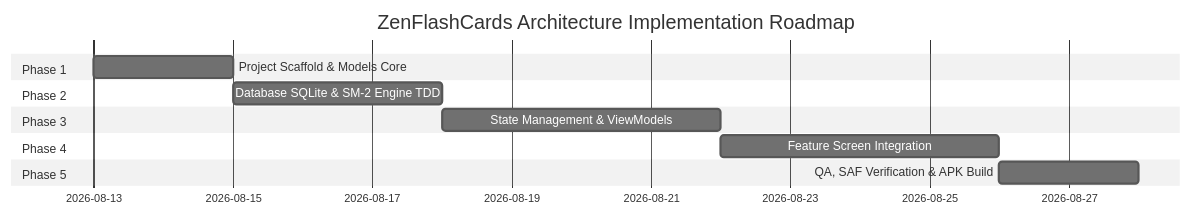
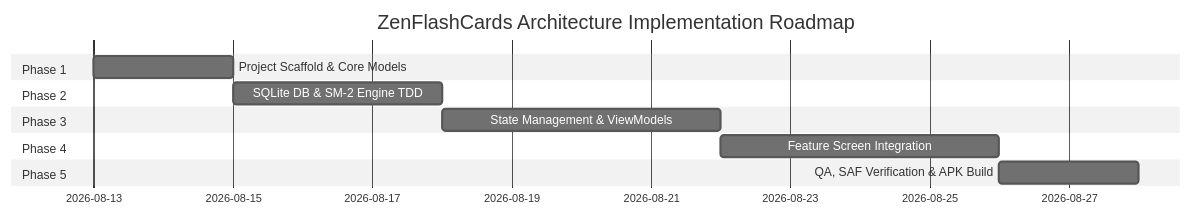
Before and after one commit to githubuser2777/ZenFlashCard: the second of 2 diagrams in Plan_arch/Phase_plan.md, drawn with Mermaid (neutral theme). The commit also changed other lines of this file and 5 other files, not shown here.

Commit message:
docs: generate comprehensive system diagrams and documentation hub

````diff
--- a/Plan_arch/Phase_plan.md
+++ b/Plan_arch/Phase_plan.md
@@ -27,15 +27,15 @@
 ```mermaid
 gantt
     title ZenFlashCards Architecture Implementation Roadmap
     dateFormat  YYYY-MM-DD
     section Phase 1
-    Project Scaffold & Models Core     :p1, 2026-08-13, 2d
+    Project Scaffold & Core Models     :p1, 2026-08-13, 2d
     section Phase 2
-    Database SQLite & SM-2 Engine TDD  :p2, after p1, 3d
+    SQLite DB & SM-2 Engine TDD        :p2, after p1, 3d
     section Phase 3
     State Management & ViewModels      :p3, after p2, 4d
     section Phase 4
     Feature Screen Integration         :p4, after p3, 4d
     section Phase 5
     QA, SAF Verification & APK Build   :p5, after p4, 2d
 ```
````
